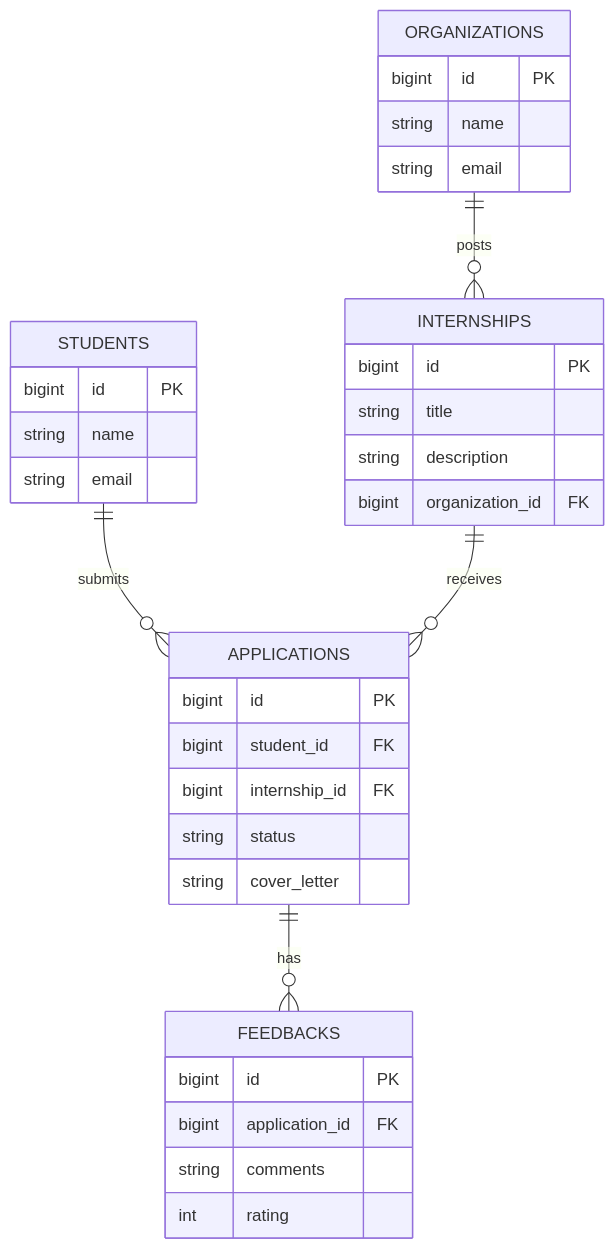
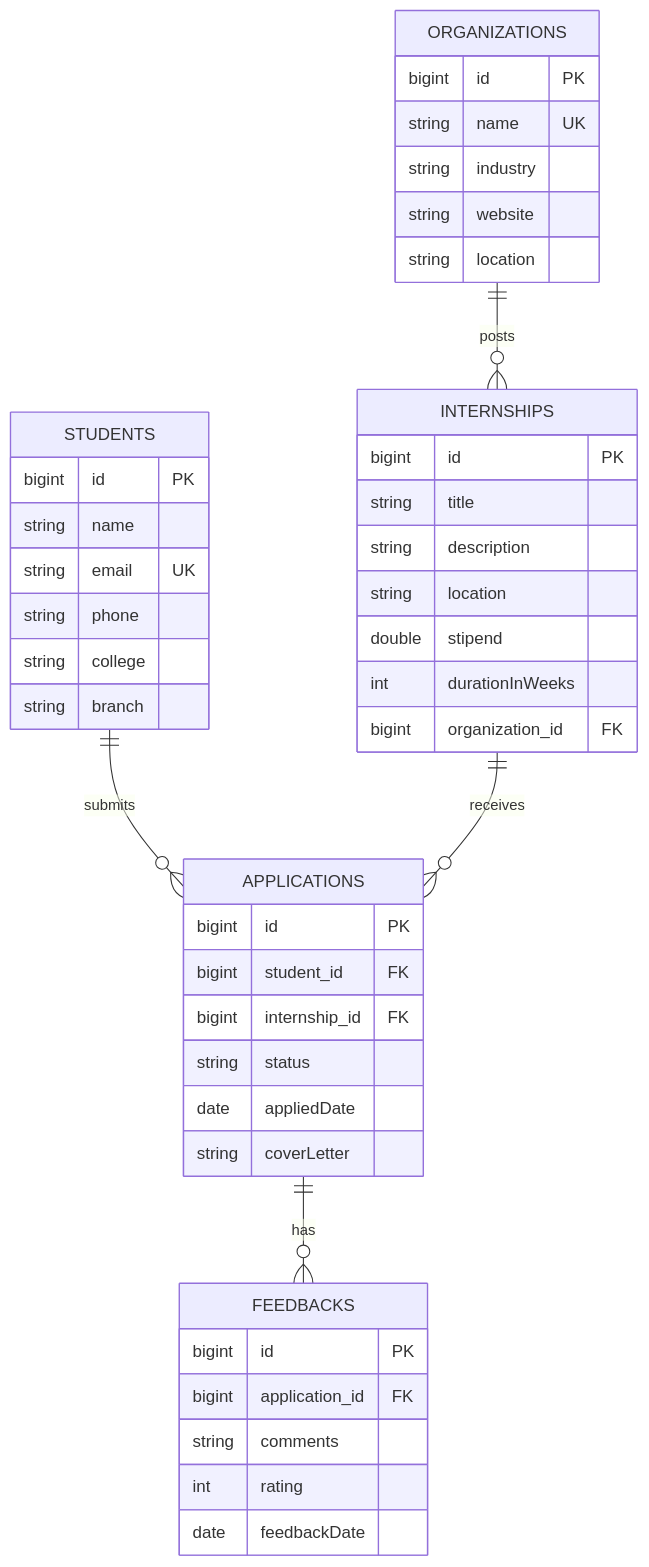
Before and after one commit to JVP008/Internship-Tracker: the third of 3 diagrams in README.md, drawn with Mermaid. The commit also changed other lines of this file, not shown here.

````diff
--- a/README.md
+++ b/README.md
@@ -98,41 +123,51 @@
 ```mermaid
 erDiagram
-    STUDENTS ||--o{ APPLICATIONS : submits
-    INTERNSHIPS ||--o{ APPLICATIONS : receives
-    ORGANIZATIONS ||--o{ INTERNSHIPS : posts
-    APPLICATIONS ||--o{ FEEDBACKS : has
+    STUDENTS ||--o{ APPLICATIONS : "submits"
+    INTERNSHIPS ||--o{ APPLICATIONS : "receives"
+    ORGANIZATIONS ||--o{ INTERNSHIPS : "posts"
+    APPLICATIONS ||--o{ FEEDBACKS : "has"
 
     STUDENTS {
         bigint id PK
         string name
-        string email
+        string email UK
+        string phone
+        string college
+        string branch
     }
 
     ORGANIZATIONS {
         bigint id PK
-        string name
-        string email
+        string name UK
+        string industry
+        string website
+        string location
     }
 
     INTERNSHIPS {
         bigint id PK
         string title
         string description
+        string location
+        double stipend
+        int durationInWeeks
         bigint organization_id FK
     }
 
     APPLICATIONS {
         bigint id PK
         bigint student_id FK
         bigint internship_id FK
         string status
-        string cover_letter
+        date appliedDate
+        string coverLetter
     }
 
     FEEDBACKS {
         bigint id PK
         bigint application_id FK
         string comments
         int rating
+        date feedbackDate
     }
 ```
````
